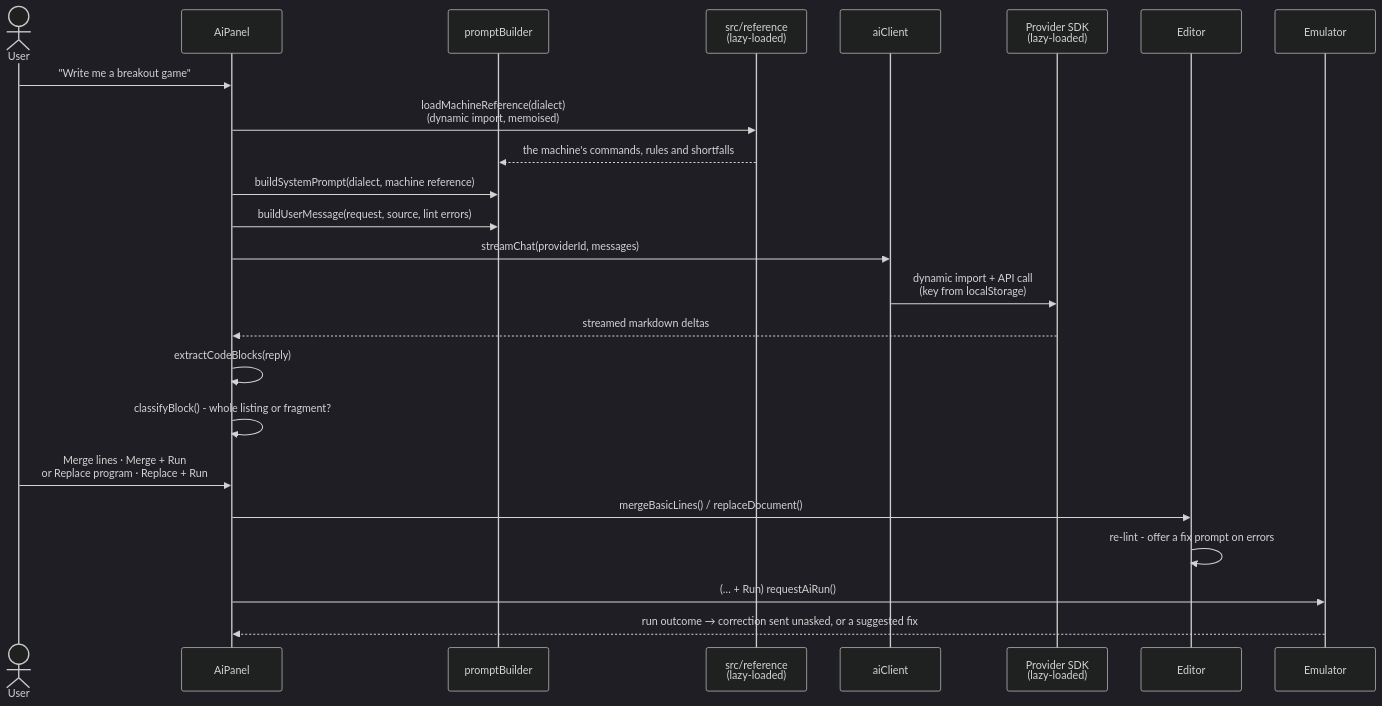
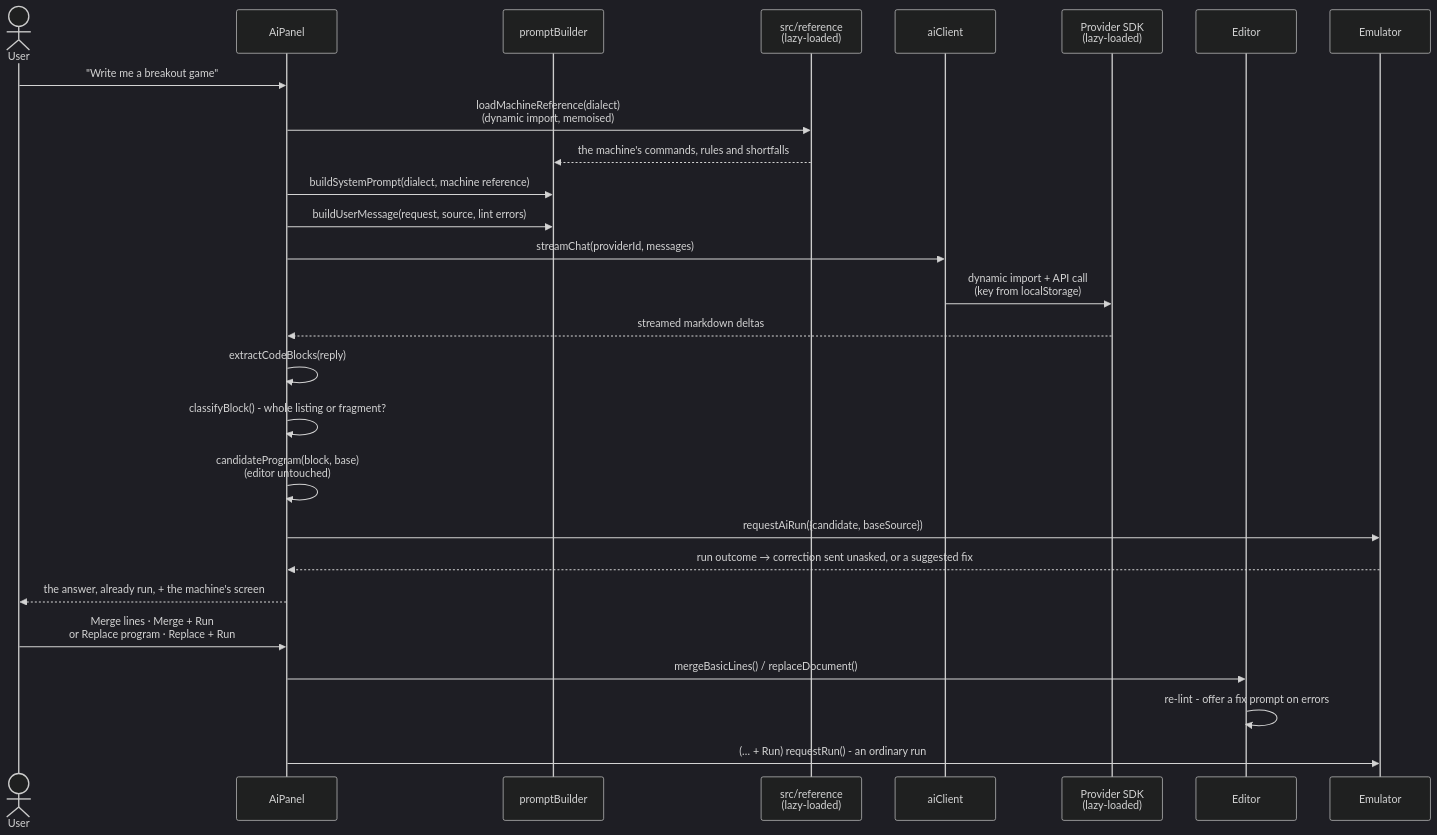
The seventh of 9 diagrams in docs/contributing/architecture.md (seanhodges/basically), drawn with Mermaid (dark theme) before and after one commit. The commit also changed other lines of this file and 18 other files, not shown here.

````diff
--- a/docs/contributing/architecture.md
+++ b/docs/contributing/architecture.md
@@ -519,27 +525,30 @@
 ```mermaid
 sequenceDiagram
   actor U as User
   participant P as AiPanel
   participant B as promptBuilder
   participant R as src/reference<br/>(lazy-loaded)
   participant C as aiClient
   participant X as Provider SDK<br/>(lazy-loaded)
   participant E as Editor
   participant M as Emulator
 
   U->>P: "Write me a breakout game"
   P->>R: loadMachineReference(dialect)<br/>(dynamic import, memoised)
   R-->>B: the machine's commands, rules and shortfalls
   P->>B: buildSystemPrompt(dialect, machine reference)
   P->>B: buildUserMessage(request, source, lint errors)
   P->>C: streamChat(providerId, messages)
   C->>X: dynamic import + API call<br/>(key from localStorage)
   X-->>P: streamed markdown deltas
   P->>P: extractCodeBlocks(reply)
   P->>P: classifyBlock() - whole listing or fragment?
+  P->>P: candidateProgram(block, base)<br/>(editor untouched)
+  P->>M: requestAiRun({candidate, baseSource})
+  M-->>P: run outcome → correction sent unasked, or a suggested fix
+  P-->>U: the answer, already run, + the machine's screen
   U->>P: Merge lines · Merge + Run<br/>or Replace program · Replace + Run
   P->>E: mergeBasicLines() / replaceDocument()
   E->>E: re-lint - offer a fix prompt on errors
-  P->>M: (… + Run) requestAiRun()
-  M-->>P: run outcome → correction sent unasked, or a suggested fix
+  P->>M: (… + Run) requestRun() - an ordinary run
 ```
````
